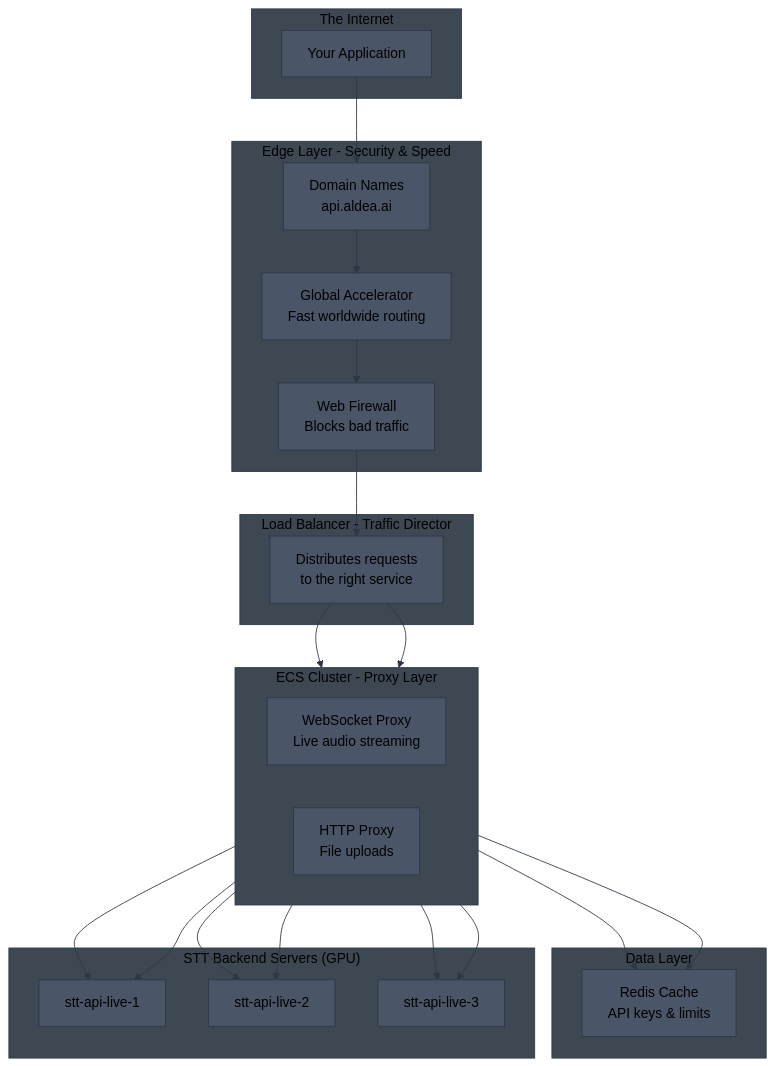
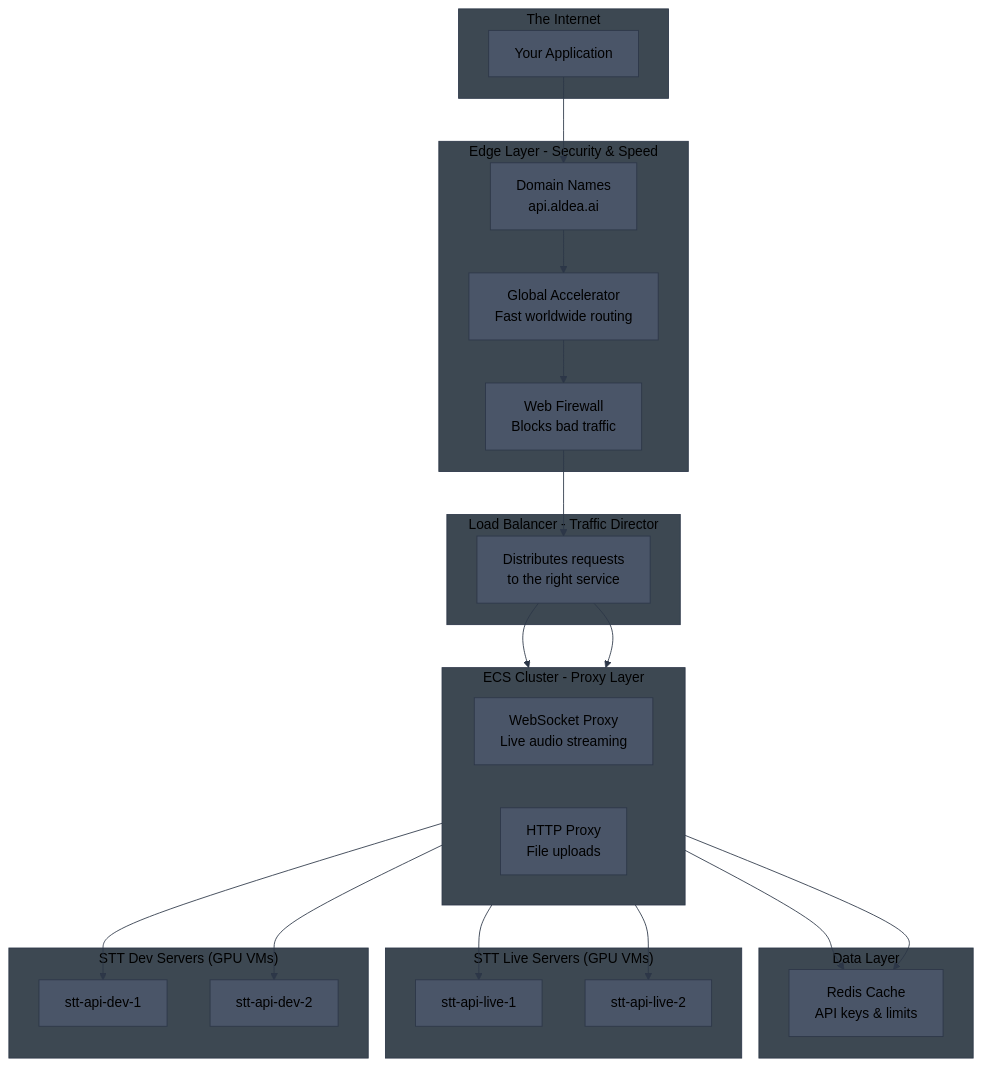
Before and after one commit to aldea-ai/infrastructure-docs: the second of 8 diagrams in diagrams/ecs-architecture.md, drawn with Mermaid. The commit also changed other lines of this file, not shown here.

Commit message:
Show separate STT backend server routing for HTTP vs WebSocket proxies

````diff
--- a/diagrams/ecs-architecture.md
+++ b/diagrams/ecs-architecture.md
@@ -41,38 +41,43 @@
 ```mermaid
 %%{init: {'theme': 'base', 'themeVariables': { 'primaryColor': '#4a5568', 'primaryTextColor': '#000', 'primaryBorderColor': '#2d3748', 'lineColor': '#2d3748', 'secondaryColor': '#5a6577', 'tertiaryColor': '#6b7280', 'background': '#1a202c', 'mainBkg': '#4a5568', 'secondBkg': '#5a6577', 'clusterBkg': '#3d4852', 'clusterBorder': '#2d3748', 'titleColor': '#000'}}}%%
 flowchart TB
     subgraph Internet["The Internet"]
         USER[Your Application]
     end
 
     subgraph Edge["Edge Layer - Security & Speed"]
         DNS[Domain Names<br/>api.aldea.ai]
         GA[Global Accelerator<br/>Fast worldwide routing]
         WAF[Web Firewall<br/>Blocks bad traffic]
     end
 
     subgraph LB["Load Balancer - Traffic Director"]
         ALB[Distributes requests<br/>to the right service]
     end
 
     subgraph ECS["ECS Cluster - Proxy Layer"]
         direction LR
         WS[WebSocket Proxy<br/>Live audio streaming]
         HTTP[HTTP Proxy<br/>File uploads]
     end
 
     subgraph Data["Data Layer"]
         REDIS[Redis Cache<br/>API keys & limits]
     end
 
-    subgraph STT["STT Backend Servers (GPU)"]
-        STT1[stt-api-live-1]
-        STT2[stt-api-live-2]
-        STT3[stt-api-live-3]
+    subgraph STT_Live["STT Live Servers (GPU VMs)"]
+        LIVE1[stt-api-live-1]
+        LIVE2[stt-api-live-2]
+    end
+
+    subgraph STT_Dev["STT Dev Servers (GPU VMs)"]
+        DEV1[stt-api-dev-1]
+        DEV2[stt-api-dev-2]
     end
 
     USER --> DNS --> GA --> WAF --> ALB
     ALB --> WS & HTTP
     WS & HTTP --> REDIS
-    WS & HTTP --> STT1 & STT2 & STT3
+    HTTP --> LIVE1 & LIVE2
+    WS --> DEV1 & DEV2
 ```
````
